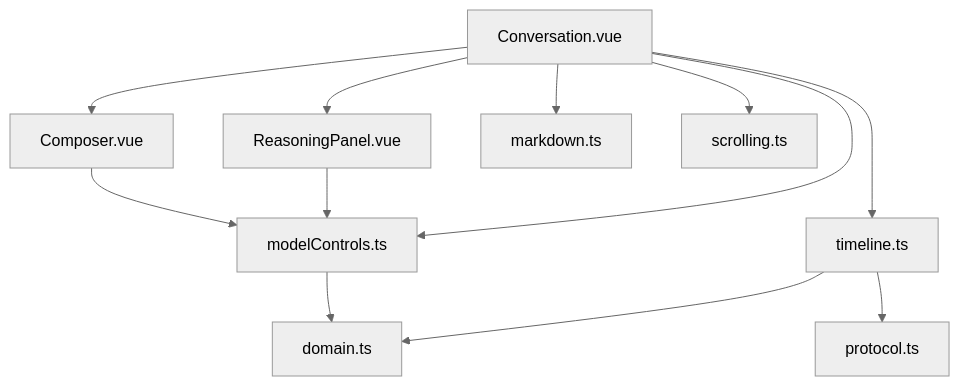
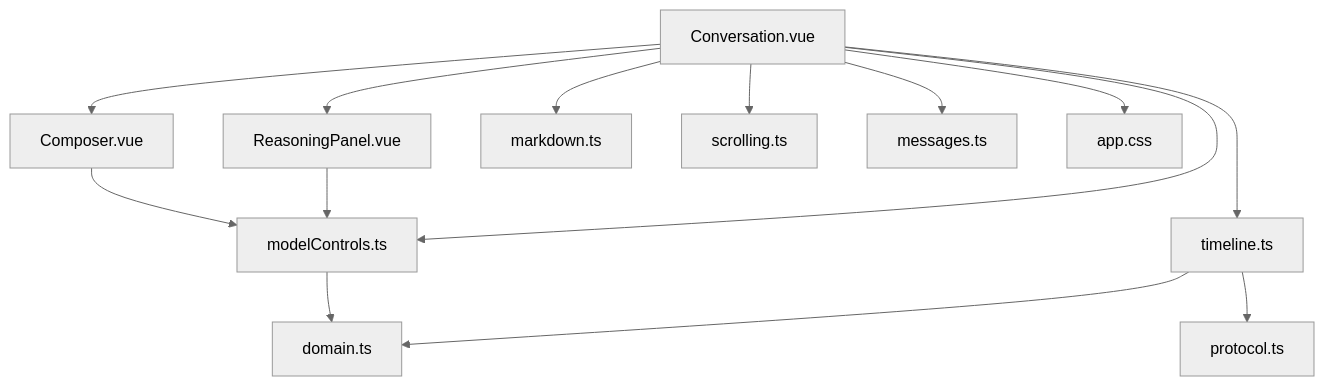
One commit to dyx-9163/ai-aifar changed the first of 3 diagrams in .qoder/repowiki/zh/content/用户界面/聊天对话组件.md. Above: the diagram before and after it, drawn with Mermaid (neutral theme). The commit also changed other lines of this file and 37 other files, not shown here.

````diff
--- a/.qoder/repowiki/zh/content/用户界面/聊天对话组件.md
+++ b/.qoder/repowiki/zh/content/用户界面/聊天对话组件.md
@@ -48,14 +51,16 @@
 ```mermaid
 graph TB
 A["Conversation.vue"] --> B["Composer.vue"]
 A --> C["ReasoningPanel.vue"]
 A --> D["timeline.ts"]
 A --> E["markdown.ts"]
 A --> F["modelControls.ts"]
 A --> G["scrolling.ts"]
 D --> H["domain.ts"]
 D --> I["protocol.ts"]
 F --> H
 C --> F
 B --> F
+A --> J["messages.ts"]
+A --> K["app.css"]
 ```
````
